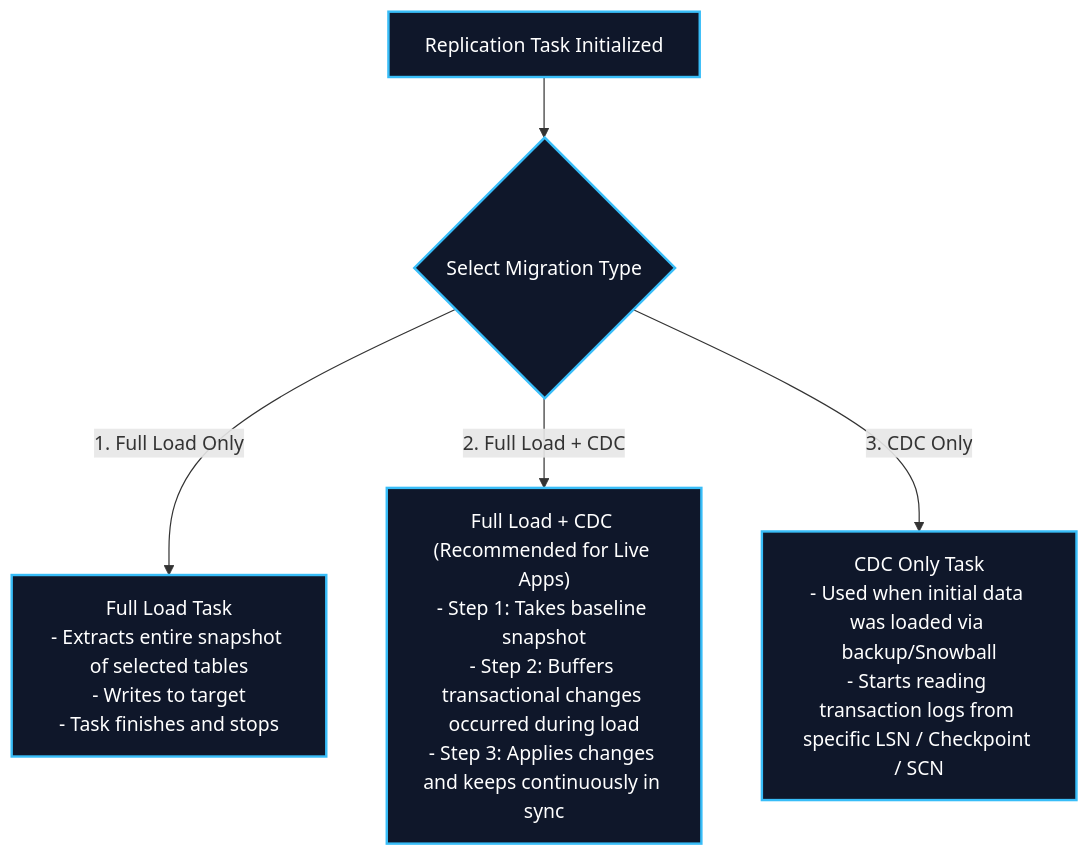
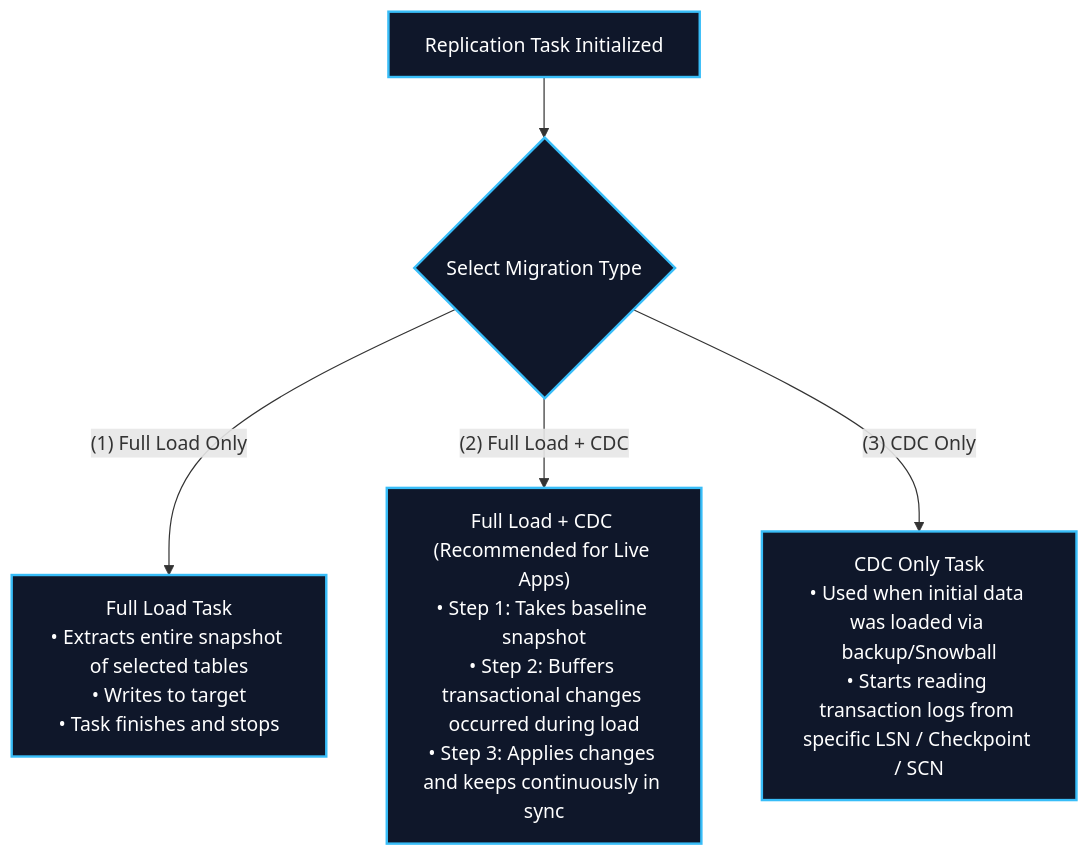
Before and after one commit to Wathon/aws-dea-c01-note: the third of 8 diagrams in content/02-services/migration/dms-and-sct.md, drawn with Mermaid. The commit also changed other lines of this file and 19 other files, not shown here.

Commit message:
fix(mermaid): resolve 'Unsupported markdown: list' rendering issues across all diagram node and edge labels

````diff
--- a/content/02-services/migration/dms-and-sct.md
+++ b/content/02-services/migration/dms-and-sct.md
@@ -156,11 +156,11 @@
 ```mermaid
 graph TD
     Start["Replication Task Initialized"] --> Choice{Select Migration Type}
     
-    Choice -->|"1. Full Load Only"| FullOnly["Full Load Task<br/>- Extracts entire snapshot of selected tables<br/>- Writes to target<br/>- Task finishes and stops"]
-    Choice -->|"2. Full Load + CDC"| FullCDC["Full Load + CDC (Recommended for Live Apps)<br/>- Step 1: Takes baseline snapshot<br/>- Step 2: Buffers transactional changes occurred during load<br/>- Step 3: Applies changes and keeps continuously in sync"]
-    Choice -->|"3. CDC Only"| CDCOnly["CDC Only Task<br/>- Used when initial data was loaded via backup/Snowball<br/>- Starts reading transaction logs from specific LSN / Checkpoint / SCN"]
+    Choice -->|"(1) Full Load Only"| FullOnly["Full Load Task<br/>• Extracts entire snapshot of selected tables<br/>• Writes to target<br/>• Task finishes and stops"]
+    Choice -->|"(2) Full Load + CDC"| FullCDC["Full Load + CDC (Recommended for Live Apps)<br/>• Step 1: Takes baseline snapshot<br/>• Step 2: Buffers transactional changes occurred during load<br/>• Step 3: Applies changes and keeps continuously in sync"]
+    Choice -->|"(3) CDC Only"| CDCOnly["CDC Only Task<br/>• Used when initial data was loaded via backup/Snowball<br/>• Starts reading transaction logs from specific LSN / Checkpoint / SCN"]
 
     classDef proc fill:#0f172a,stroke:#38bdf8,stroke-width:2px,color:#fff;
     class Start,Choice,FullOnly,FullCDC,CDCOnly proc;
 ```
````
